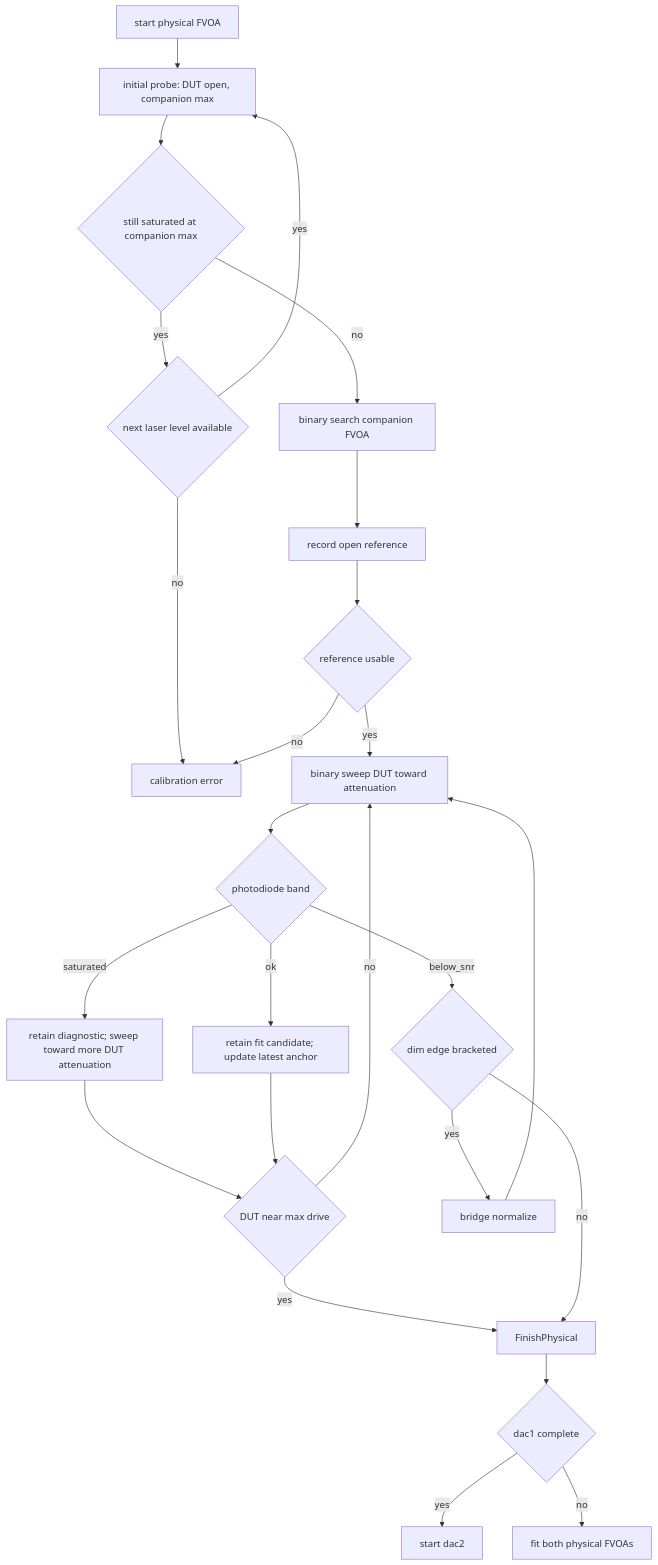
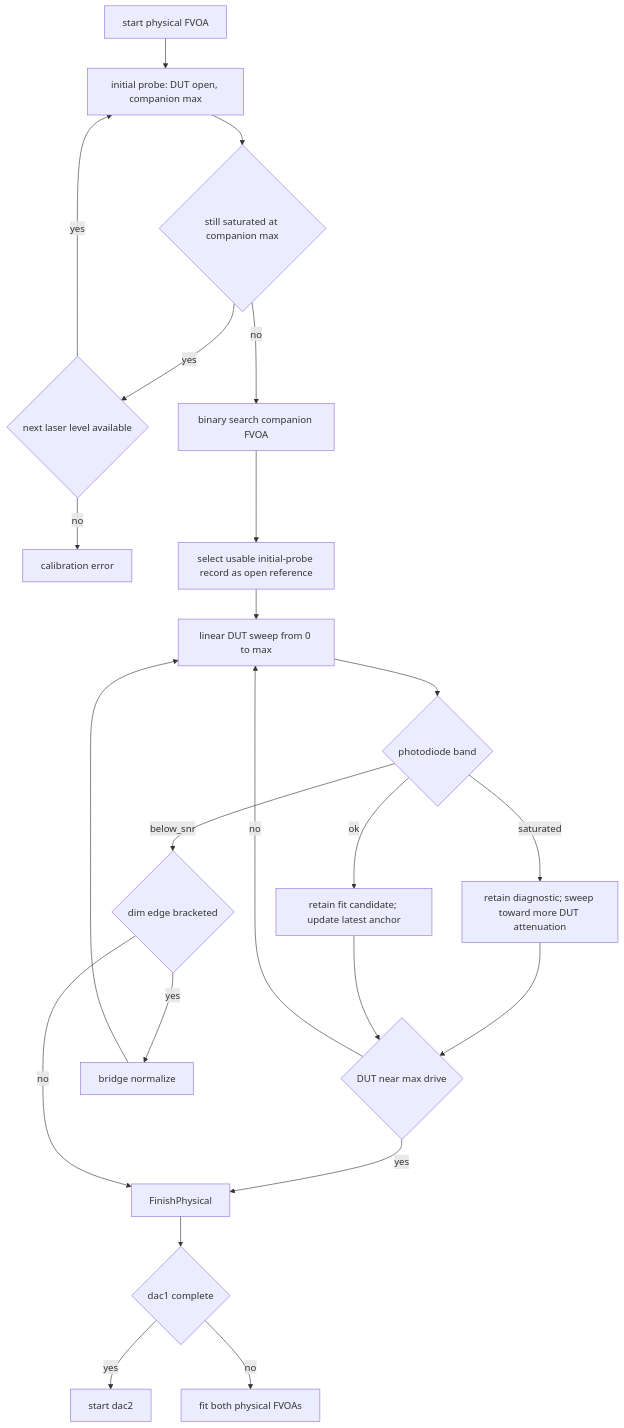
Before and after one commit to COO-Utilities/hispec-tib: the fourth of 7 diagrams in doc/attenuator_calibration.md, drawn with Mermaid. The commit also changed other lines of this file and 8 other files, not shown here.

````diff
--- a/doc/attenuator_calibration.md
+++ b/doc/attenuator_calibration.md
@@ -139,27 +141,25 @@
 ```mermaid
 flowchart TD
   StartPhysical[start physical FVOA] --> Initial[initial probe: DUT open, companion max]
   Initial --> SaturatedAtMax{still saturated at companion max}
   SaturatedAtMax -- yes --> LowerLaser{next laser level available}
   LowerLaser -- yes --> Initial
   LowerLaser -- no --> Error[calibration error]
   SaturatedAtMax -- no --> CompanionSearch[binary search companion FVOA]
-  CompanionSearch --> Reference[record open reference]
-  Reference --> ReferenceOK{reference usable}
-  ReferenceOK -- no --> Error
-  ReferenceOK -- yes --> Sweep[binary sweep DUT toward attenuation]
+  CompanionSearch --> Reference[select usable initial-probe record as open reference]
+  Reference --> Sweep[linear DUT sweep from 0 to max]
   Sweep --> Band{photodiode band}
   Band -- saturated --> Bright[retain diagnostic; sweep toward more DUT attenuation]
   Bright --> MoreRange{DUT near max drive}
   Band -- ok --> Usable[retain fit candidate; update latest anchor]
   Usable --> MoreRange
   MoreRange -- yes --> FinishPhysical
   MoreRange -- no --> Sweep
   Band -- below_snr --> Bracket{dim edge bracketed}
   Bracket -- no --> FinishPhysical
   Bracket -- yes --> Bridge[bridge normalize]
   Bridge --> Sweep
   FinishPhysical --> Next{dac1 complete}
   Next -- yes --> StartDac2[start dac2]
   Next -- no --> Fit[fit both physical FVOAs]
 ```
````
